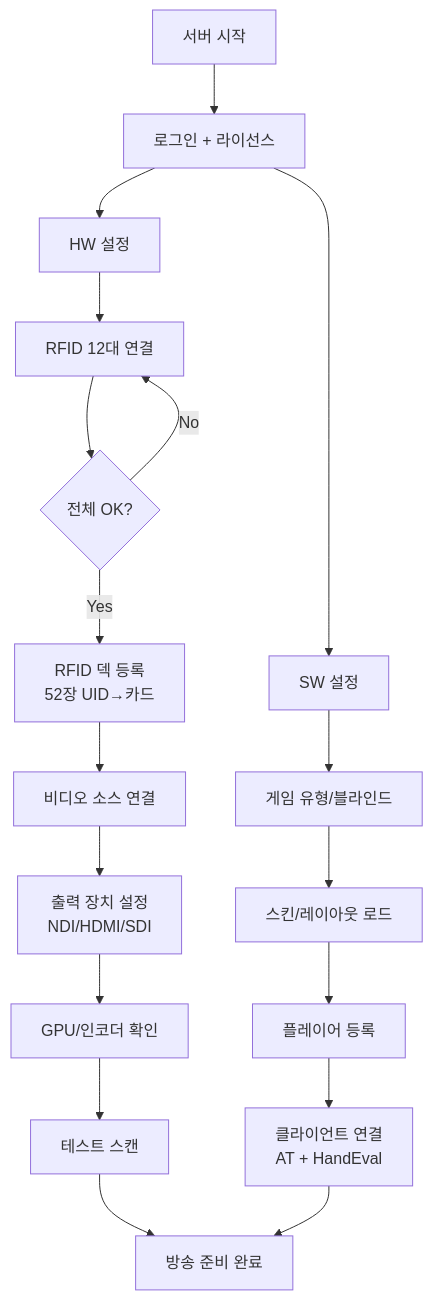
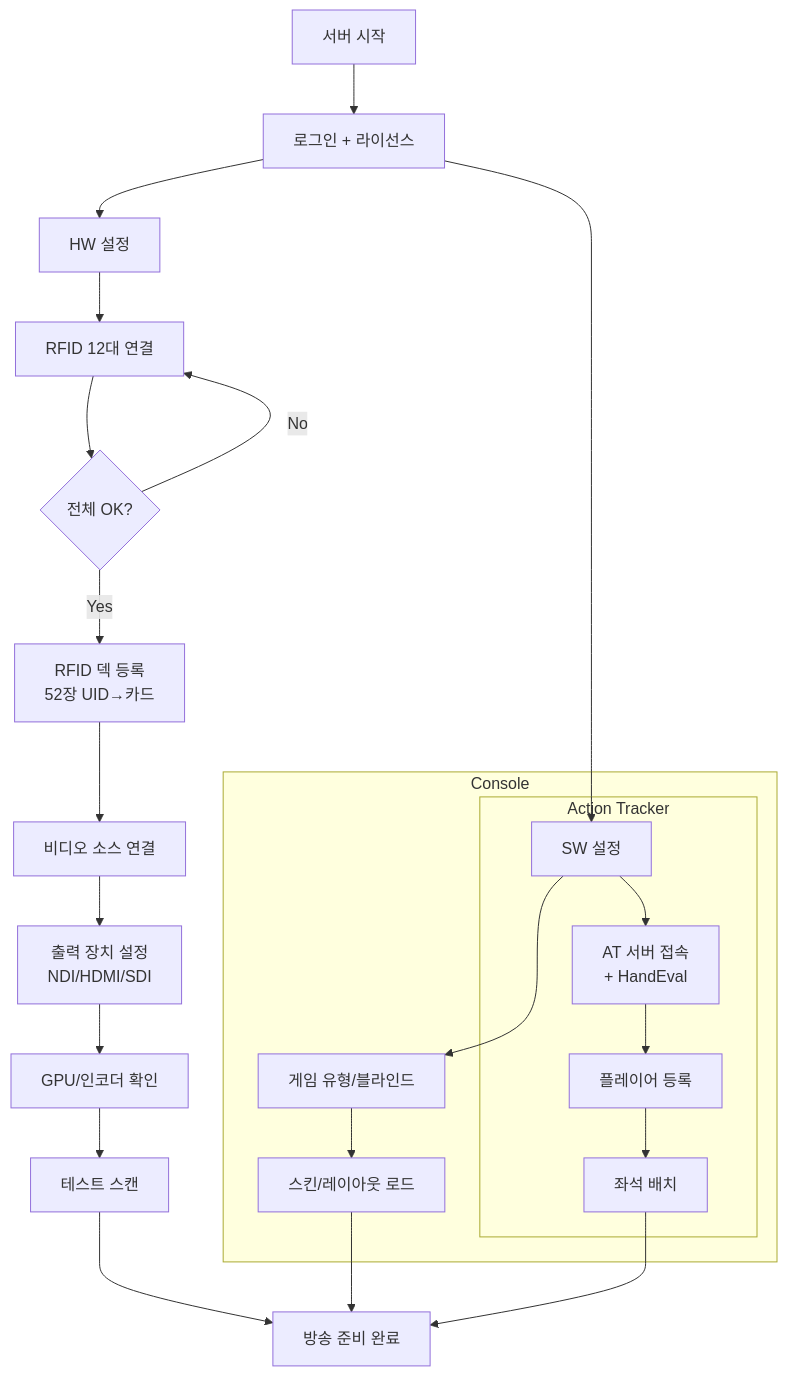
The tenth of 13 diagrams in docs/00-prd/PRD-EBS_Foundation.md (garimto81/ebs_github), drawn with Mermaid before and after one commit. The commit also changed other lines of this file and 1 other file, not shown here.

````diff
--- a/docs/00-prd/PRD-EBS_Foundation.md
+++ b/docs/00-prd/PRD-EBS_Foundation.md
@@ -1131,24 +1131,29 @@
 ```mermaid
-%%{init: {'theme': 'default', 'flowchart': {'useMaxWidth': true}}}%%
 flowchart TD
     START[서버 시작] --> LOGIN[로그인 + 라이선스]
     LOGIN --> HW[HW 설정]
     LOGIN --> SW[SW 설정]
 
     HW --> HW1[RFID 12대 연결]
     HW1 --> CHK{전체 OK?}
     CHK -->|No| HW1
     CHK -->|Yes| HW2["RFID 덱 등록<br/>52장 UID→카드"]
     HW2 --> HW3[비디오 소스 연결]
     HW3 --> HW4["출력 장치 설정<br/>NDI/HDMI/SDI"]
     HW4 --> HW5[GPU/인코더 확인]
     HW5 --> TS[테스트 스캔]
 
-    SW --> SW1[게임 유형/블라인드]
-    SW1 --> SW2[스킨/레이아웃 로드]
-    SW2 --> SW3[플레이어 등록]
-    SW3 --> SW4["클라이언트 연결<br/>AT + HandEval"]
+    subgraph CON["Console"]
+        SW --> CS1[게임 유형/블라인드]
+        CS1 --> CS2[스킨/레이아웃 로드]
+        subgraph ATG["Action Tracker"]
+            SW --> CL["AT 서버 접속<br/>+ HandEval"]
+            CL --> AT1[플레이어 등록]
+            AT1 --> AT2[좌석 배치]
+        end
+    end
 
     TS --> DONE[방송 준비 완료]
-    SW4 --> DONE
+    CS2 --> DONE
+    AT2 --> DONE
 ```
````
